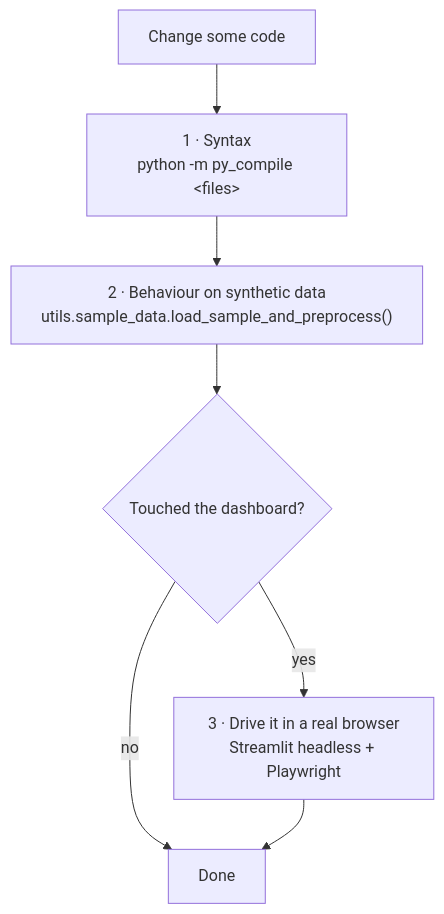
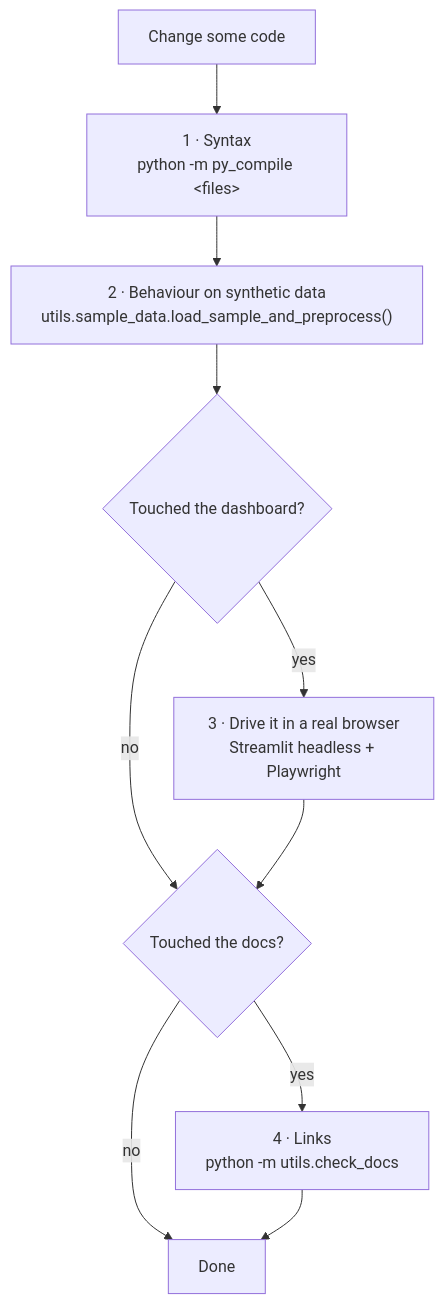
The diagram in docs/development.md (andresfelipe9619/prophet-playground), drawn with Mermaid before and after one commit. The commit also changed other lines of this file and 10 other files, not shown here.

````diff
--- a/docs/development.md
+++ b/docs/development.md
@@ -53,9 +53,12 @@
 ```mermaid
 flowchart TD
     C["Change some code"] --> S["1 · Syntax<br/>python -m py_compile &lt;files&gt;"]
     S --> D["2 · Behaviour on synthetic data<br/>utils.sample_data.load_sample_and_preprocess()"]
     D --> U{"Touched the dashboard?"}
-    U -->|"no"| DONE["Done"]
+    U -->|"no"| V
     U -->|"yes"| B["3 · Drive it in a real browser<br/>Streamlit headless + Playwright"]
-    B --> DONE
+    B --> V{"Touched the docs?"}
+    V -->|"no"| DONE["Done"]
+    V -->|"yes"| L["4 · Links<br/>python -m utils.check_docs"]
+    L --> DONE
 ```
````
